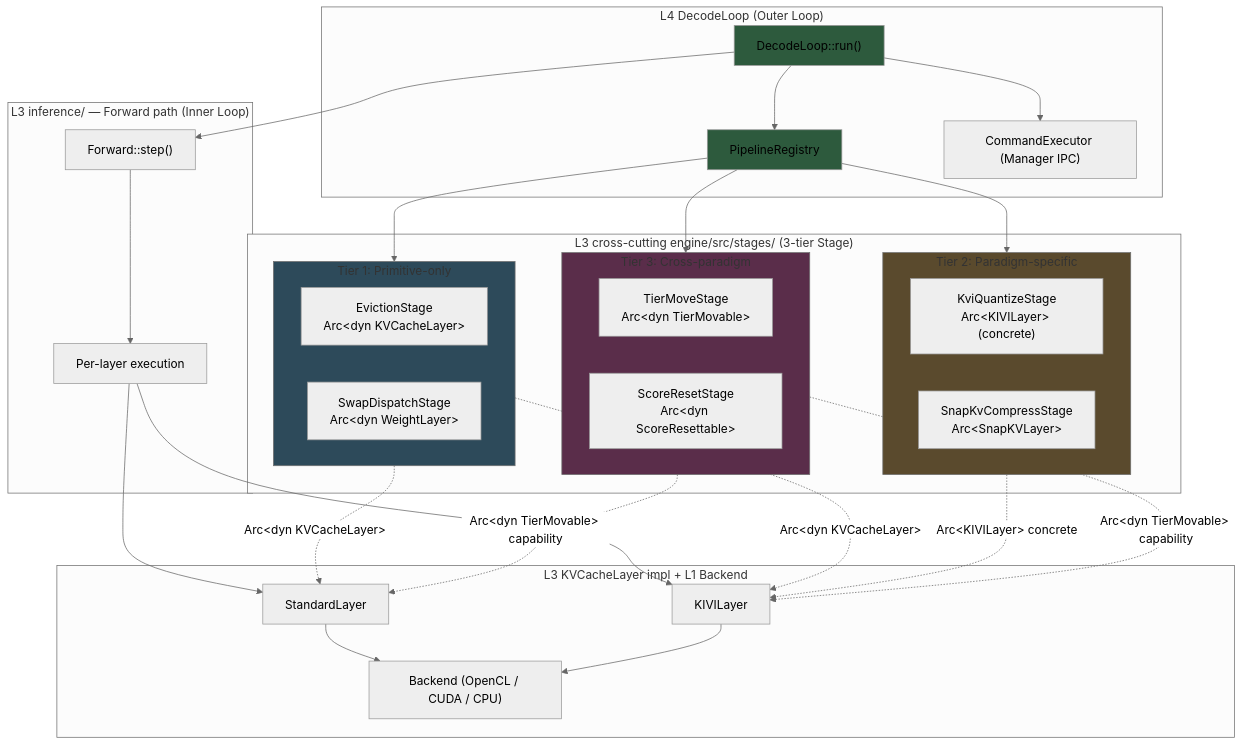
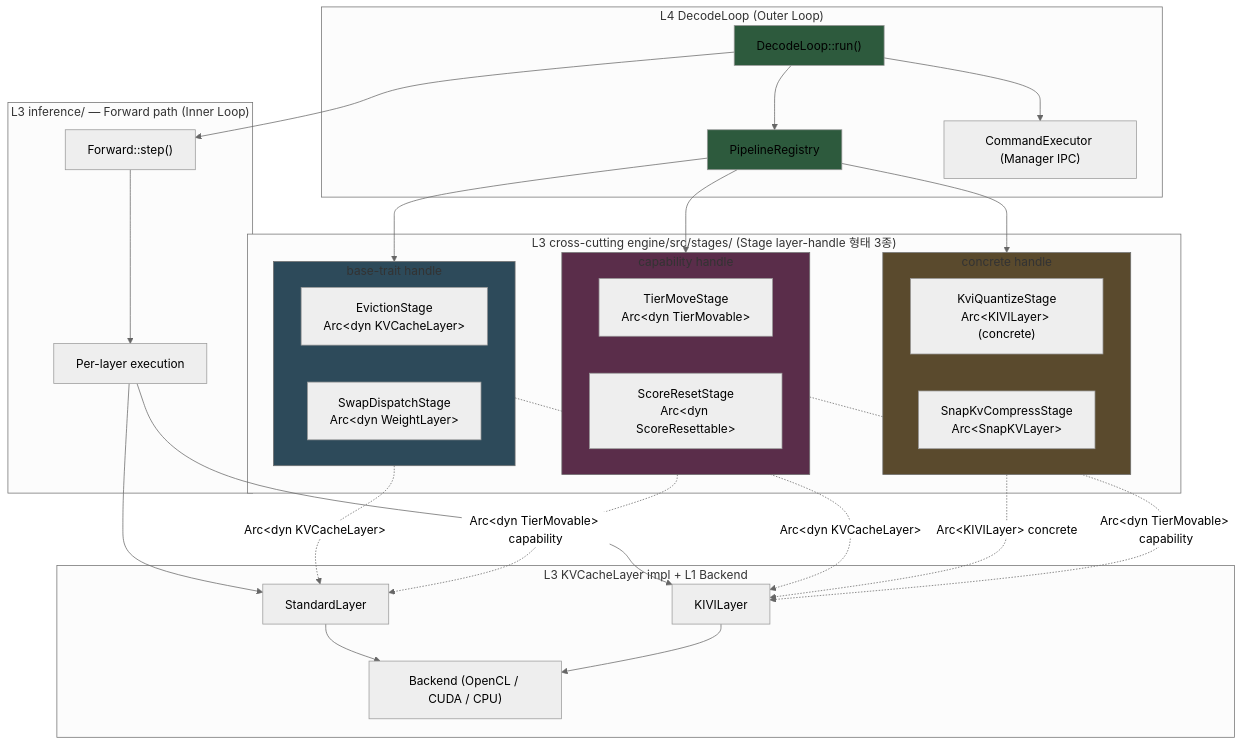
The first of 3 diagrams in arch/pipeline_stage_design.md (hedone21/llm_rs2), drawn with Mermaid (neutral theme) before and after one commit. The commit also changed other lines of this file and 5 other files, not shown here.

````diff
--- a/arch/pipeline_stage_design.md
+++ b/arch/pipeline_stage_design.md
@@ -72,58 +74,58 @@
 ```mermaid
 flowchart TB
     subgraph Outer ["L4 DecodeLoop (Outer Loop)"]
         decode["DecodeLoop::run()"]
         registry["PipelineRegistry"]
         cmdexec["CommandExecutor (Manager IPC)"]
     end
 
-    subgraph Stages ["L3 cross-cutting engine/src/stages/ (3-tier Stage)"]
-        subgraph T1 ["Tier 1: Primitive-only"]
+    subgraph Stages ["L3 cross-cutting engine/src/stages/ (Stage layer-handle 형태 3종)"]
+        subgraph T1 ["base-trait handle"]
             t1_evict["EvictionStage<br/>Arc&lt;dyn KVCacheLayer&gt;"]
             t1_swap["SwapDispatchStage<br/>Arc&lt;dyn WeightLayer&gt;"]
         end
-        subgraph T2 ["Tier 2: Paradigm-specific"]
+        subgraph T2 ["concrete handle"]
             t2_kivi["KviQuantizeStage<br/>Arc&lt;KIVILayer&gt; (concrete)"]
             t2_snap["SnapKvCompressStage<br/>Arc&lt;SnapKVLayer&gt;"]
         end
-        subgraph T3 ["Tier 3: Cross-paradigm"]
+        subgraph T3 ["capability handle"]
             t3_tier["TierMoveStage<br/>Arc&lt;dyn TierMovable&gt;"]
             t3_score["ScoreResetStage<br/>Arc&lt;dyn ScoreResettable&gt;"]
         end
     end
 
     subgraph Inner ["L3 inference/ — Forward path (Inner Loop)"]
         fwd["Forward::step()"]
         layer["Per-layer execution"]
     end
 
     subgraph Layers ["L3 KVCacheLayer impl + L1 Backend"]
         std_layer["StandardLayer"]
         kivi_layer["KIVILayer"]
         backend["Backend (OpenCL / CUDA / CPU)"]
     end
 
     decode --> registry
     decode --> cmdexec
     decode --> fwd
     registry --> T1
     registry --> T2
     registry --> T3
     fwd --> layer
     layer --> std_layer
     layer --> kivi_layer
     std_layer --> backend
     kivi_layer --> backend
 
     T1 -.->|"Arc&lt;dyn KVCacheLayer&gt;"| std_layer
     T1 -.->|"Arc&lt;dyn KVCacheLayer&gt;"| kivi_layer
     T2 -.->|"Arc&lt;KIVILayer&gt; concrete"| kivi_layer
     T3 -.->|"Arc&lt;dyn TierMovable&gt; capability"| std_layer
     T3 -.->|"Arc&lt;dyn TierMovable&gt; capability"| kivi_layer
 
     style decode fill:#2d5a3d
     style registry fill:#2d5a3d
     style T1 fill:#2d4a5a
     style T2 fill:#5a4a2d
     style T3 fill:#5a2d4a
 ```
````
